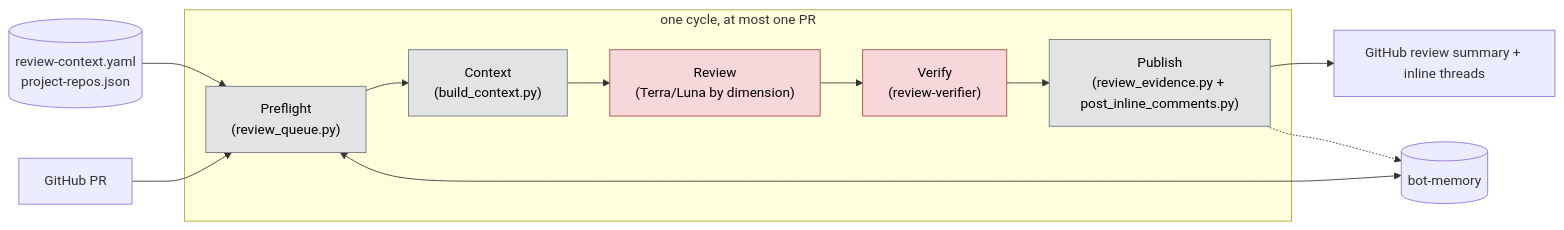
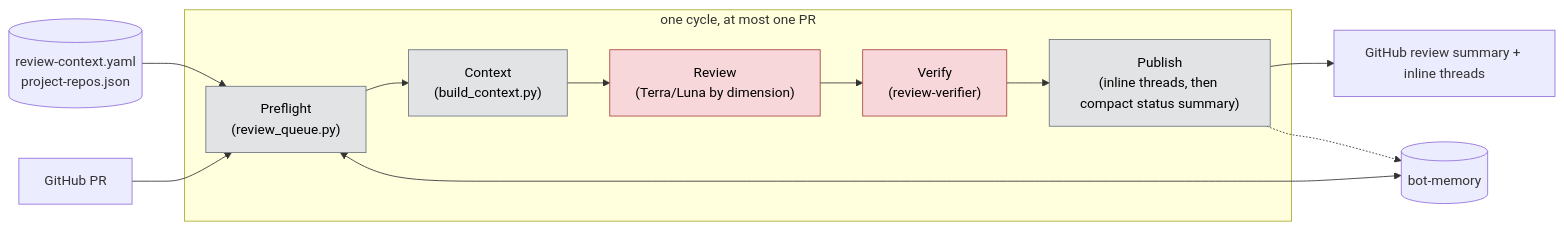
One commit to RedHatInsights/fabric-access-ai-dev changed the first of 4 diagrams in instance/rbac-config-review/agent/workflows/review-only/WORKFLOW.md. Above: the diagram before and after it, drawn with Mermaid. The commit also changed other lines of this file and 16 other files, not shown here.

First line of the commit message:
feat(review-bot): add context Q&A comments

````diff
--- a/instance/rbac-config-review/agent/workflows/review-only/WORKFLOW.md
+++ b/instance/rbac-config-review/agent/workflows/review-only/WORKFLOW.md
@@ -20,19 +23,19 @@
 ```mermaid
 flowchart LR
     Config[("review-context.yaml<br/>project-repos.json")] --> A
     GH1["GitHub PR"] --> A
     Memory[("bot-memory")] <--> A
     subgraph Cycle["one cycle, at most one PR"]
         A["Preflight<br/>(review_queue.py)"] --> B["Context<br/>(build_context.py)"]
         B --> C["Review<br/>(Terra/Luna by dimension)"]
         C --> D["Verify<br/>(review-verifier)"]
-        D --> E["Publish<br/>(review_evidence.py + post_inline_comments.py)"]
+        D --> E["Publish<br/>(inline threads, then compact status summary)"]
     end
     E --> GH2["GitHub review summary + inline threads"]
     E -.-> Memory
 
     classDef script fill:#e2e3e5,stroke:#6c757d,color:#000;
     classDef ai fill:#f8d7da,stroke:#a94442,color:#000;
     class A,B,E script;
-    class C,D ai;
+    class C,T,D,M ai;
 ```
````
